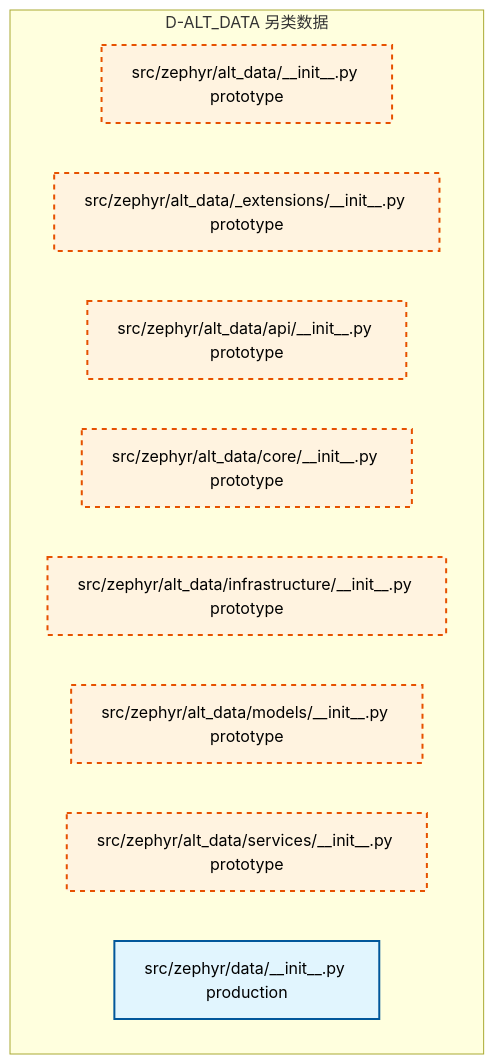
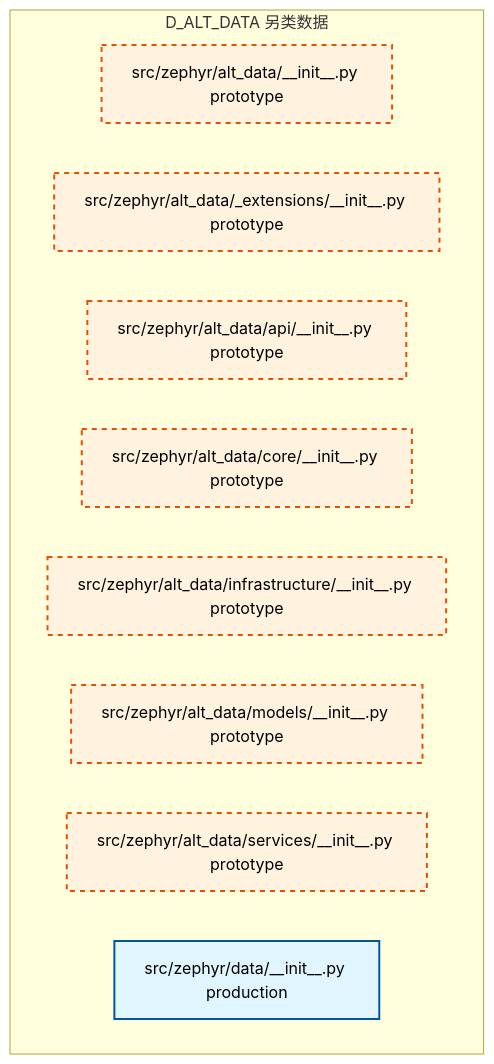
Before and after one commit to xuanFelixVan/ZephyrAlpha: the diagram in docs/02_enterprise_architecture/02_domain_architecture_docs/06_d_alt_data.md, drawn with Mermaid. The commit also changed other lines of this file and 1359 other files, not shown here.

````diff
--- a/docs/02_enterprise_architecture/02_domain_architecture_docs/06_d_alt_data.md
+++ b/docs/02_enterprise_architecture/02_domain_architecture_docs/06_d_alt_data.md
@@ -47,19 +47,19 @@
 ```mermaid
 graph TD
-    subgraph D_ALT_DATA["D-ALT_DATA 另类数据"]
+    subgraph D_ALT_DATA["D_ALT_DATA 另类数据"]
         src_zephyr_alt_data_init_py["src/zephyr/alt_data/__init__.py prototype"]
         src_zephyr_alt_data_extensions_init_py["src/zephyr/alt_data/_extensions/__init__.py prototype"]
         src_zephyr_alt_data_api_init_py["src/zephyr/alt_data/api/__init__.py prototype"]
         src_zephyr_alt_data_core_init_py["src/zephyr/alt_data/core/__init__.py prototype"]
         src_zephyr_alt_data_infrastructure_init_py["src/zephyr/alt_data/infrastructure/__init__.py prototype"]
         src_zephyr_alt_data_models_init_py["src/zephyr/alt_data/models/__init__.py prototype"]
         src_zephyr_alt_data_services_init_py["src/zephyr/alt_data/services/__init__.py prototype"]
         src_zephyr_data_init_py["src/zephyr/data/__init__.py production"]
     end
     classDef production fill:#e1f5fe,stroke:#01579b,stroke-width:2px,color:#000
     classDef design fill:#fff3e0,stroke:#e65100,stroke-width:2px,color:#000,stroke-dasharray: 5 5
     classDef external_prod fill:#e8f5e9,stroke:#1b5e20,stroke-width:1px,color:#000
     classDef external_design fill:#fce4ec,stroke:#880e4f,stroke-width:1px,color:#000,stroke-dasharray: 5 5
     class src_zephyr_data_init_py production
     class src_zephyr_alt_data_init_py,src_zephyr_alt_data_extensions_init_py,src_zephyr_alt_data_api_init_py,src_zephyr_alt_data_core_init_py,src_zephyr_alt_data_infrastructure_init_py,src_zephyr_alt_data_models_init_py,src_zephyr_alt_data_services_init_py design
 ```
````
